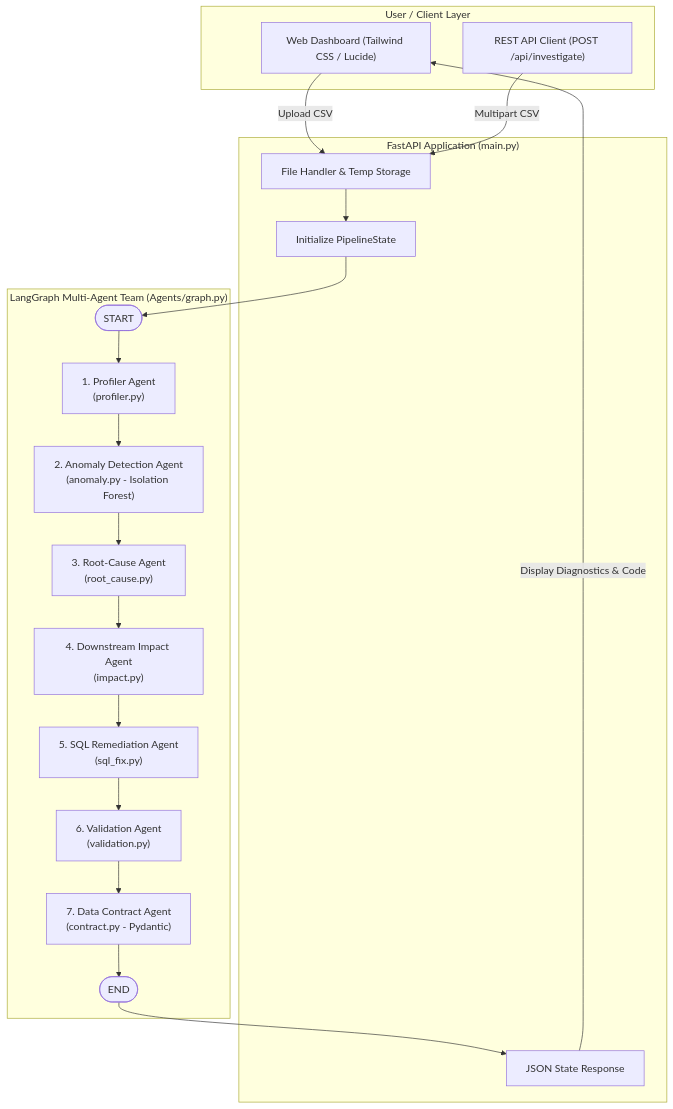
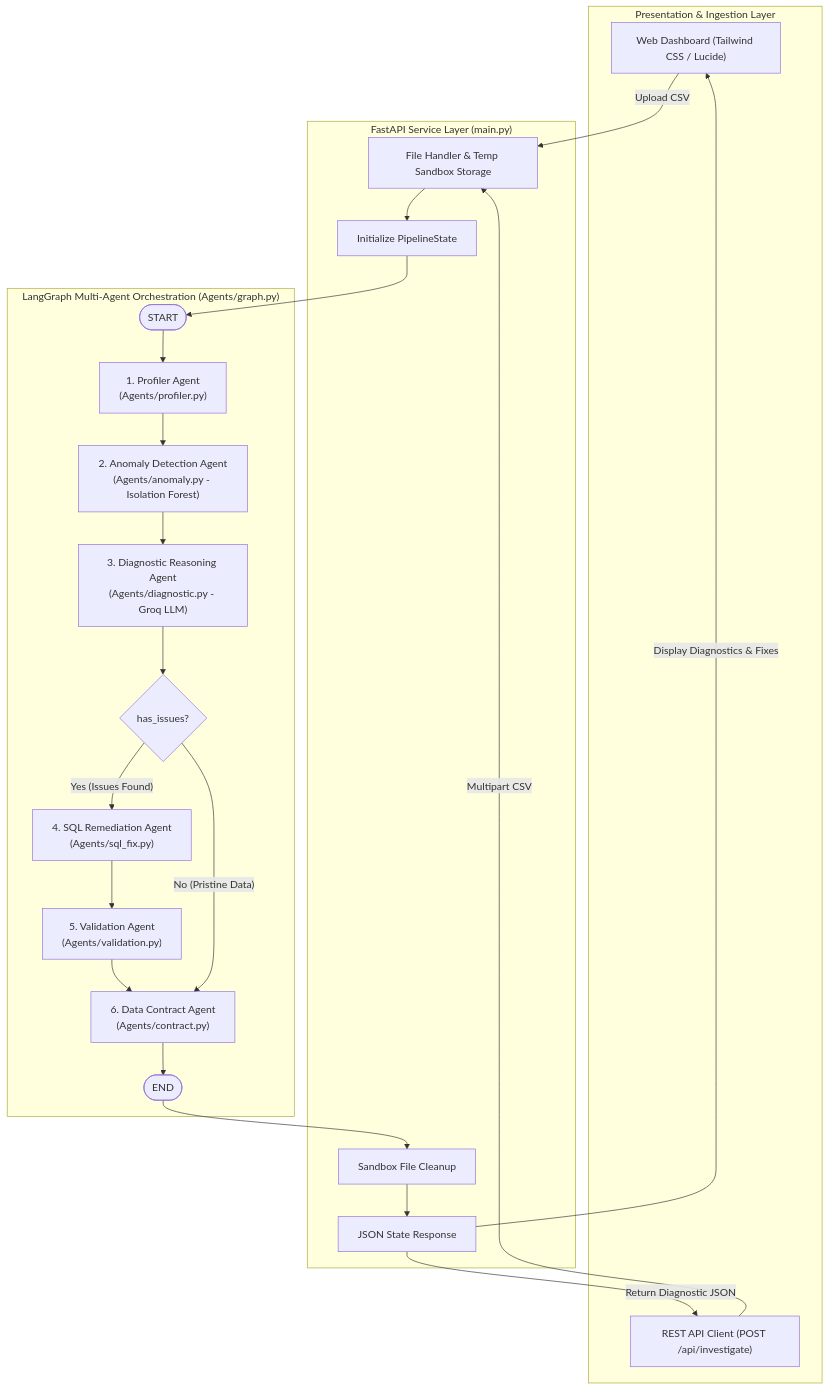
Before and after one commit to PJ-21-code/DataPipelineDetective: the first of 2 diagrams in README.md, drawn with Mermaid. The commit also changed other lines of this file, not shown here.

````diff
--- a/README.md
+++ b/README.md
@@ -66,31 +86,39 @@
 ```mermaid
 flowchart TD
-    subgraph Client["User / Client Layer"]
+    subgraph Client["Presentation & Ingestion Layer"]
         UI["Web Dashboard (Tailwind CSS / Lucide)"]
         API_CALL["REST API Client (POST /api/investigate)"]
     end
 
-    subgraph Server["FastAPI Application (main.py)"]
-        UPLOAD["File Handler & Temp Storage"]
+    subgraph Server["FastAPI Service Layer (main.py)"]
+        UPLOAD["File Handler & Temp Sandbox Storage"]
         STATE_INIT["Initialize PipelineState"]
+        CLEANUP["Sandbox File Cleanup"]
         RESPONSE["JSON State Response"]
     end
 
-    subgraph LangGraph["LangGraph Multi-Agent Team (Agents/graph.py)"]
-        START([START]) --> AG1["1. Profiler Agent\n(profiler.py)"]
-        AG1 --> AG2["2. Anomaly Detection Agent\n(anomaly.py - Isolation Forest)"]
-        AG2 --> AG3["3. Root-Cause Agent\n(root_cause.py)"]
-        AG3 --> AG4["4. Downstream Impact Agent\n(impact.py)"]
-        AG4 --> AG5["5. SQL Remediation Agent\n(sql_fix.py)"]
-        AG5 --> AG6["6. Validation Agent\n(validation.py)"]
-        AG6 --> AG7["7. Data Contract Agent\n(contract.py - Pydantic)"]
-        AG7 --> END_NODE([END])
+    subgraph LangGraph["LangGraph Multi-Agent Orchestration (Agents/graph.py)"]
+        START([START]) --> AG1["1. Profiler Agent\n(Agents/profiler.py)"]
+        AG1 --> AG2["2. Anomaly Detection Agent\n(Agents/anomaly.py - Isolation Forest)"]
+        AG2 --> AG3["3. Diagnostic Reasoning Agent\n(Agents/diagnostic.py - Groq LLM)"]
+        
+        AG3 --> DECISION{"has_issues?"}
+        
+        DECISION -- "Yes (Issues Found)" --> AG4["4. SQL Remediation Agent\n(Agents/sql_fix.py)"]
+        AG4 --> AG5["5. Validation Agent\n(Agents/validation.py)"]
+        AG5 --> AG6["6. Data Contract Agent\n(Agents/contract.py)"]
+        
+        DECISION -- "No (Pristine Data)" --> AG6
+        
+        AG6 --> END_NODE([END])
     end
 
     UI -->|Upload CSV| UPLOAD
     API_CALL -->|Multipart CSV| UPLOAD
     UPLOAD --> STATE_INIT
     STATE_INIT --> START
-    END_NODE --> RESPONSE
-    RESPONSE -->|Display Diagnostics & Code| UI
+    END_NODE --> CLEANUP
+    CLEANUP --> RESPONSE
+    RESPONSE -->|Display Diagnostics & Fixes| UI
+    RESPONSE -->|Return Diagnostic JSON| API_CALL
 ```
````
